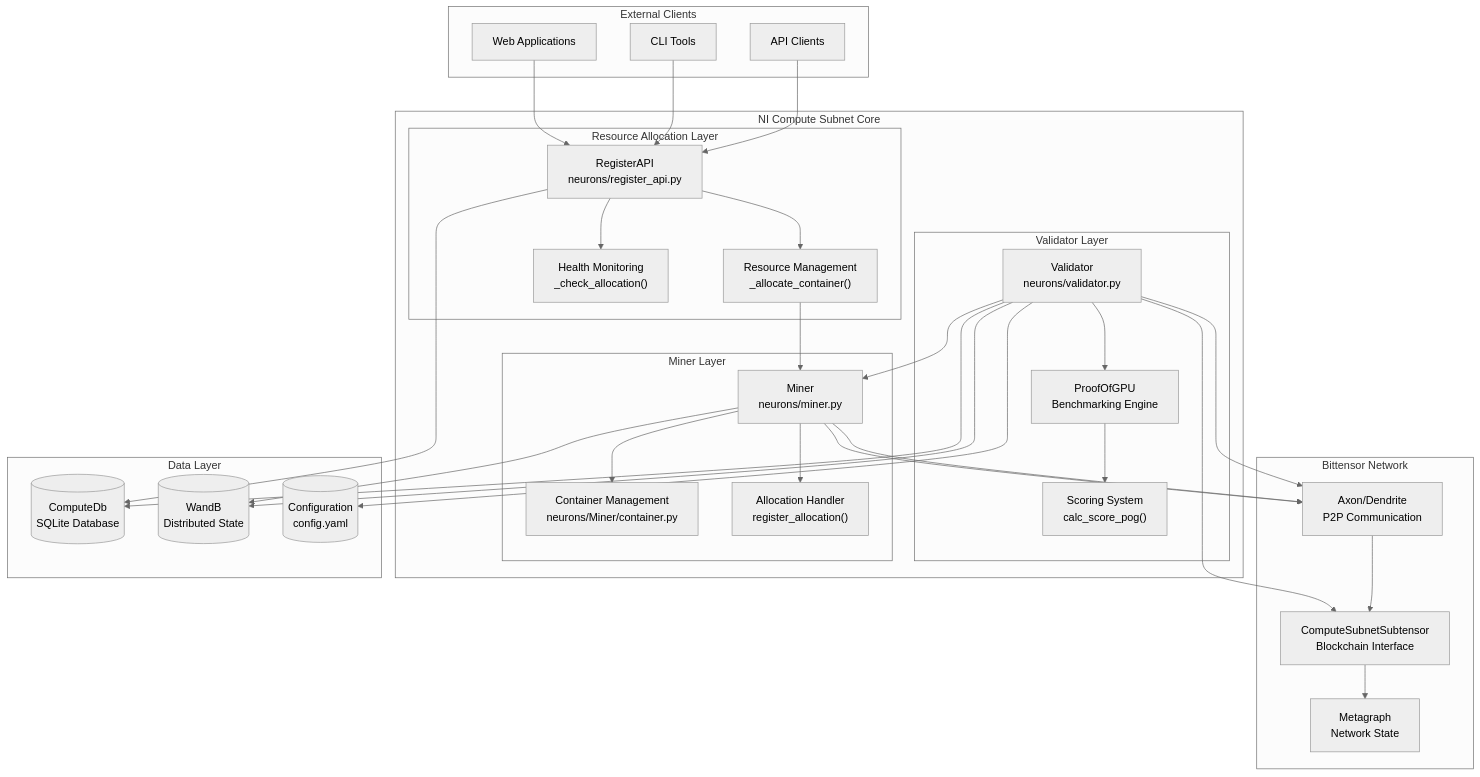
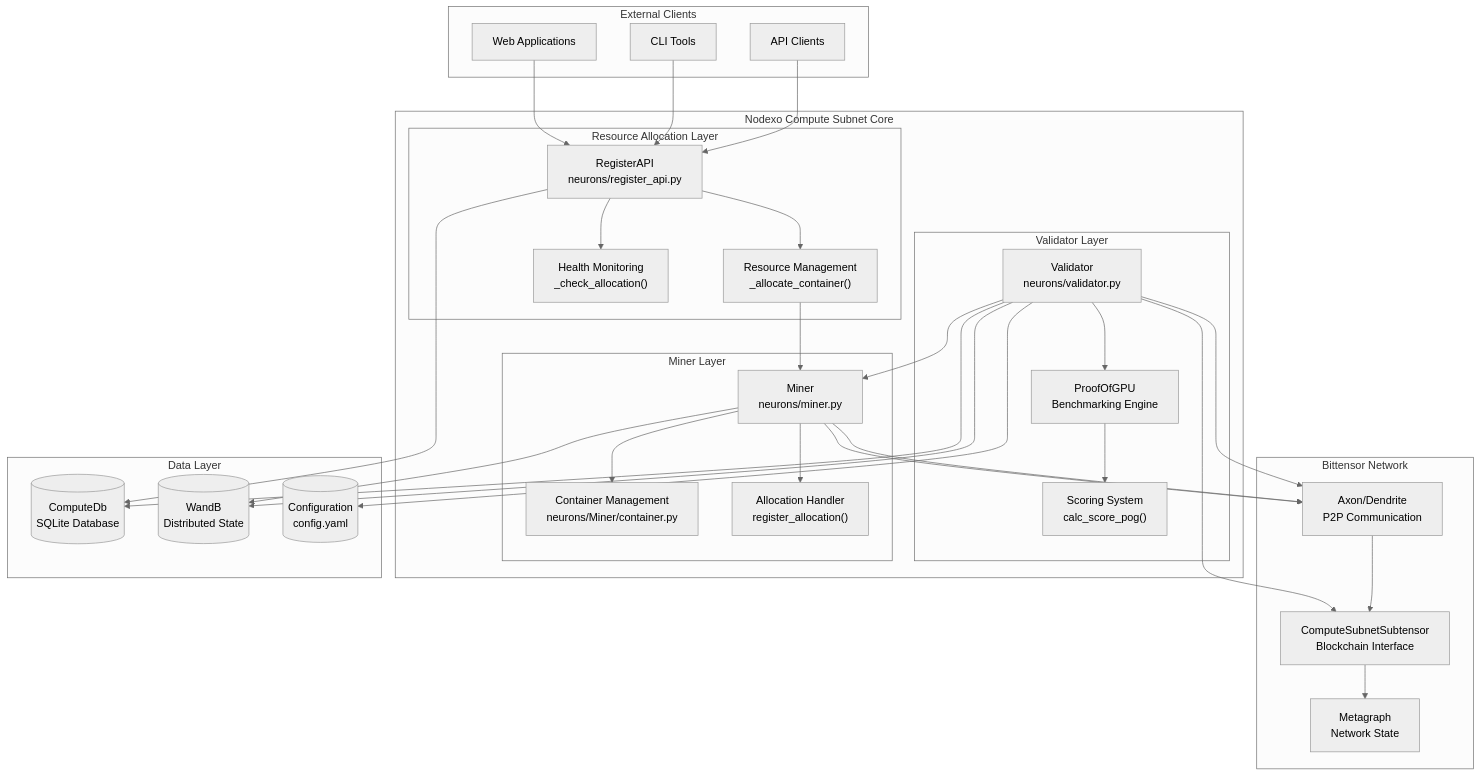
Before and after one commit to neuralinternet/docs: the first of 7 diagrams in src/content/docs/architecture.mdx, drawn with Mermaid (neutral theme). The commit also changed other lines of this file and 43 other files, not shown here.

````diff
--- a/src/content/docs/architecture.mdx
+++ b/src/content/docs/architecture.mdx
@@ -46,72 +46,72 @@
 ```mermaid
 graph TB
     subgraph "External Clients"
         WEB["Web Applications"]
         CLI["CLI Tools"]
         API_CLIENTS["API Clients"]
     end
     
-    subgraph "NI Compute Subnet Core"
+    subgraph "Nodexo Compute Subnet Core"
         subgraph "Validator Layer"
             VALIDATOR["Validator<br/>neurons/validator.py"]
             POG["ProofOfGPU<br/>Benchmarking Engine"]
             SCORING["Scoring System<br/>calc_score_pog()"]
         end
         
         subgraph "Resource Allocation Layer"
             REGISTER_API["RegisterAPI<br/>neurons/register_api.py"]
             ALLOCATION_LOGIC["Resource Management<br/>_allocate_container()"]
             HEALTH_CHECK["Health Monitoring<br/>_check_allocation()"]
         end
         
         subgraph "Miner Layer"
             MINER["Miner<br/>neurons/miner.py"]
             CONTAINER_MGR["Container Management<br/>neurons/Miner/container.py"]
             ALLOCATION_HANDLER["Allocation Handler<br/>register_allocation()"]
         end
     end
     
     subgraph "Bittensor Network"
         SUBTENSOR["ComputeSubnetSubtensor<br/>Blockchain Interface"]
         METAGRAPH["Metagraph<br/>Network State"]
         AXON_DENDRITE["Axon/Dendrite<br/>P2P Communication"]
     end
     
     subgraph "Data Layer"
         COMPUTE_DB[("ComputeDb<br/>SQLite Database")]
         WANDB_STATE[("WandB<br/>Distributed State")]
         CONFIG_FILES[("Configuration<br/>config.yaml")]
     end
     
     %% External client interactions
     WEB --> REGISTER_API
     CLI --> REGISTER_API
     API_CLIENTS --> REGISTER_API
     
     %% Core system interactions
     VALIDATOR --> MINER
     VALIDATOR --> SUBTENSOR
     VALIDATOR --> POG
     POG --> SCORING
     
     REGISTER_API --> ALLOCATION_LOGIC
     ALLOCATION_LOGIC --> MINER
     REGISTER_API --> HEALTH_CHECK
     
     MINER --> CONTAINER_MGR
     MINER --> ALLOCATION_HANDLER
     MINER --> AXON_DENDRITE
     
     %% Bittensor network interactions
     VALIDATOR --> AXON_DENDRITE
     MINER --> AXON_DENDRITE
     AXON_DENDRITE --> SUBTENSOR
     SUBTENSOR --> METAGRAPH
     
     %% Data layer interactions
     VALIDATOR --> COMPUTE_DB
     VALIDATOR --> WANDB_STATE
     REGISTER_API --> COMPUTE_DB
     MINER --> WANDB_STATE
     VALIDATOR --> CONFIG_FILES
 ```
````
